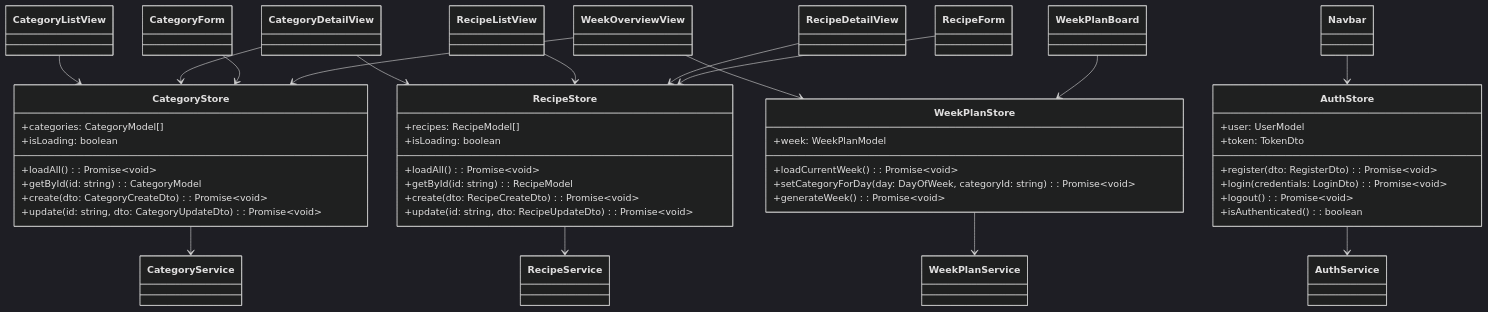
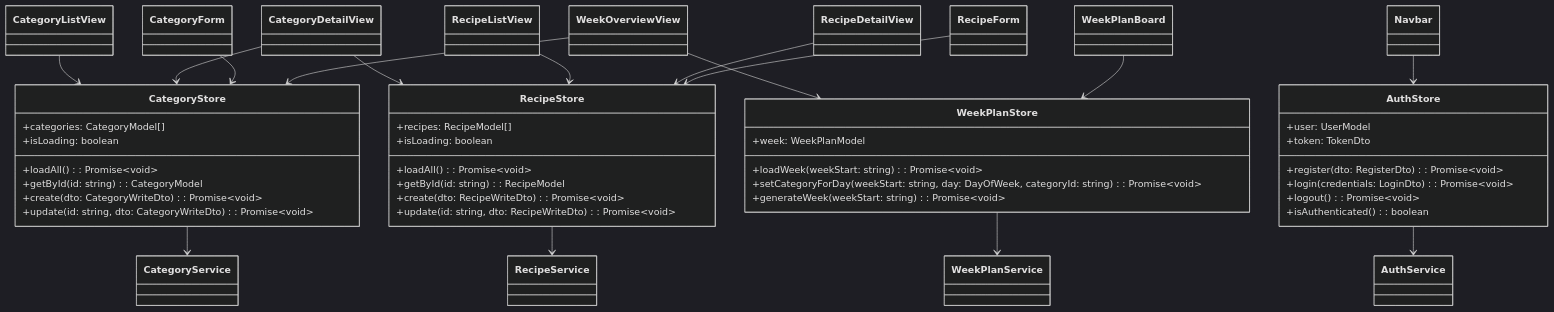
Before and after one commit to Nom-Nom-Now/docs: the diagram in Class-diagrams/frontend-diagrams/Frontend_State_UI_Class_Diagram.md, drawn with Mermaid (dark theme). The commit also changed 6 other files, not shown here.

Commit message:
docs(Class diagrams): consolidate Category/Recipe write DTOs, align week-plan signatures and optional recipe links, drop unused user→recipe relation and sync backend/frontend diagrams

````diff
--- a/Class-diagrams/frontend-diagrams/Frontend_State_UI_Class_Diagram.md
+++ b/Class-diagrams/frontend-diagrams/Frontend_State_UI_Class_Diagram.md
@@ -3,67 +3,67 @@
 ```mermaid
 classDiagram
 direction TB
 
 class CategoryStore {
   +categories: CategoryModel[]
   +isLoading: boolean
   +loadAll(): Promise~void~
   +getById(id: string): CategoryModel
-  +create(dto: CategoryCreateDto): Promise~void~
-  +update(id: string, dto: CategoryUpdateDto): Promise~void~
+  +create(dto: CategoryWriteDto): Promise~void~
+  +update(id: string, dto: CategoryWriteDto): Promise~void~
 }
 
 class RecipeStore {
   +recipes: RecipeModel[]
   +isLoading: boolean
   +loadAll(): Promise~void~
   +getById(id: string): RecipeModel
-  +create(dto: RecipeCreateDto): Promise~void~
-  +update(id: string, dto: RecipeUpdateDto): Promise~void~
+  +create(dto: RecipeWriteDto): Promise~void~
+  +update(id: string, dto: RecipeWriteDto): Promise~void~
 }
 
 class WeekPlanStore {
   +week: WeekPlanModel
-  +loadCurrentWeek(): Promise~void~
-  +setCategoryForDay(day: DayOfWeek, categoryId: string): Promise~void~
-  +generateWeek(): Promise~void~
+  +loadWeek(weekStart: string): Promise~void~
+  +setCategoryForDay(weekStart: string, day: DayOfWeek, categoryId: string): Promise~void~
+  +generateWeek(weekStart: string): Promise~void~
 }
 
 class AuthStore {
   +user: UserModel
   +token: TokenDto
   +register(dto: RegisterDto): Promise~void~
   +login(credentials: LoginDto): Promise~void~
   +logout(): Promise~void~
   +isAuthenticated(): boolean
 }
 
 class CategoryListView
 class CategoryDetailView
 class CategoryForm
 class RecipeListView
 class RecipeDetailView
 class RecipeForm
 class WeekOverviewView
 class WeekPlanBoard
 class Navbar
 
 CategoryStore --> CategoryService
 RecipeStore --> RecipeService
 WeekPlanStore --> WeekPlanService
 AuthStore --> AuthService
 
 CategoryListView --> CategoryStore
 CategoryDetailView --> CategoryStore
 CategoryDetailView --> RecipeStore
 CategoryForm --> CategoryStore
 
 RecipeListView --> RecipeStore
 RecipeDetailView --> RecipeStore
 RecipeForm --> RecipeStore
 
 WeekOverviewView --> WeekPlanStore
 WeekOverviewView --> CategoryStore
 WeekPlanBoard --> WeekPlanStore
 Navbar --> AuthStore
 ```
````
